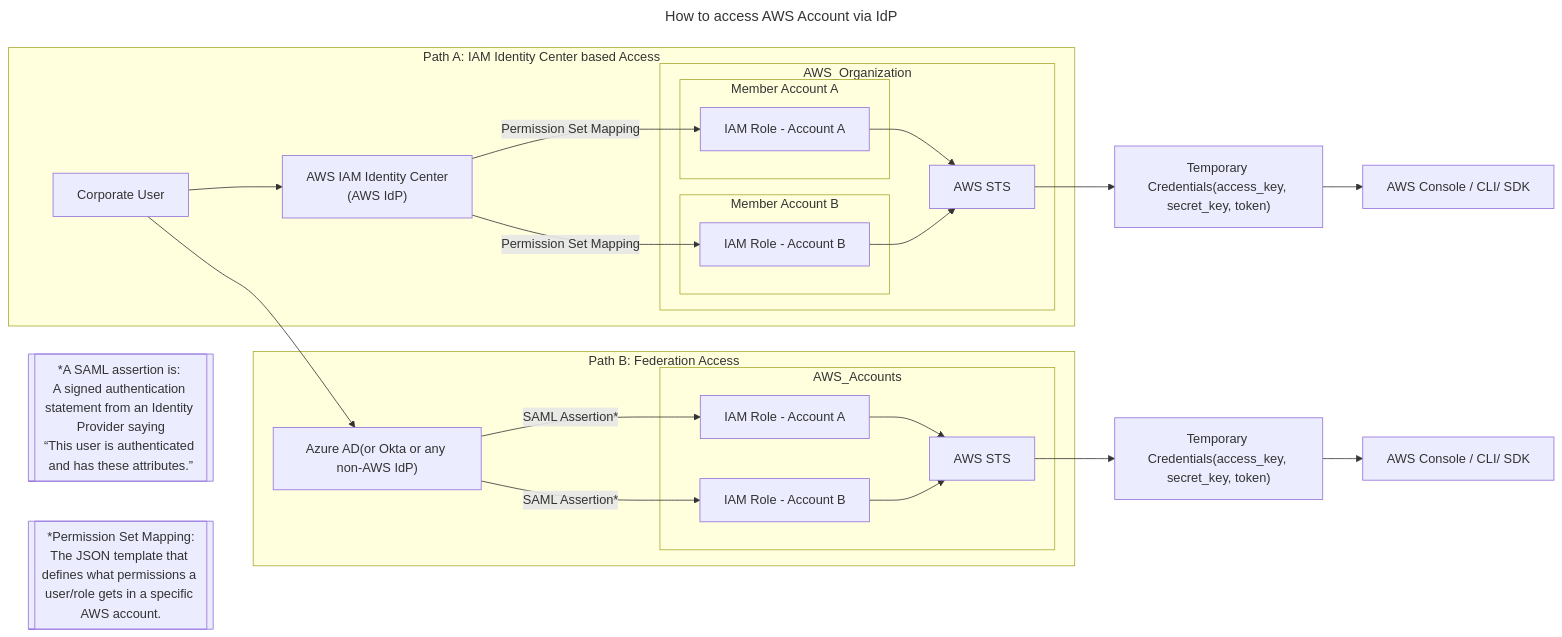
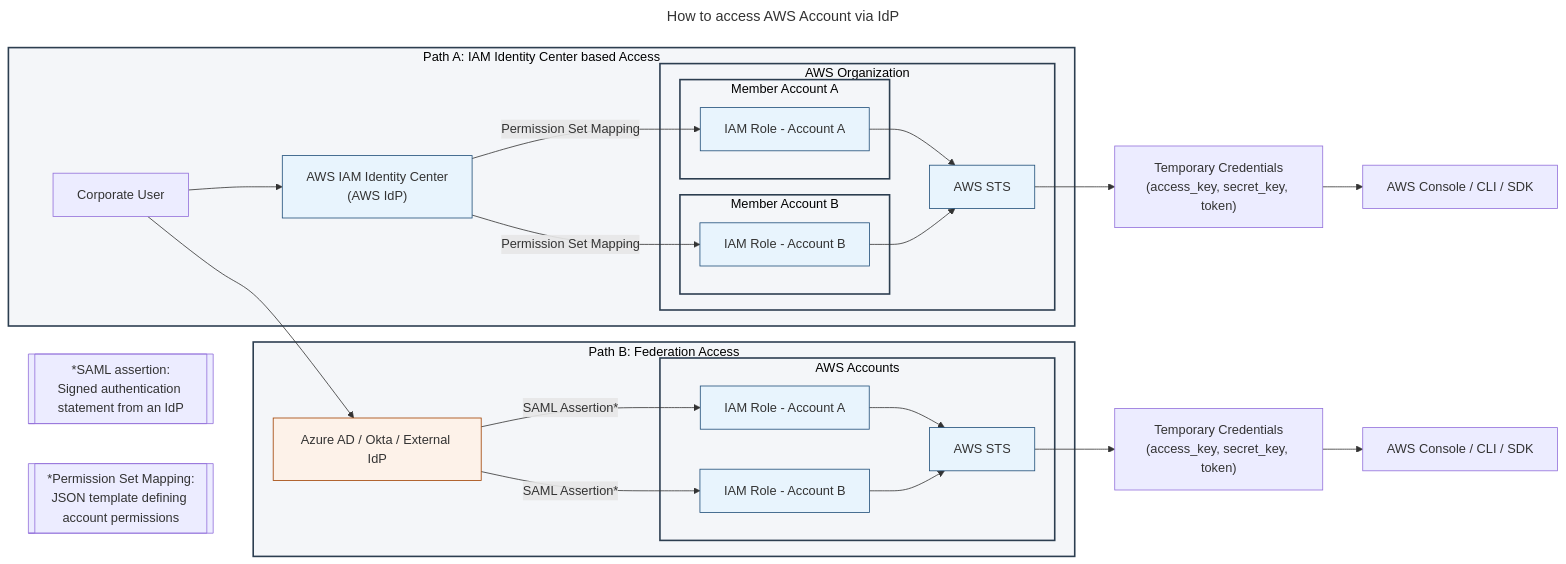
Before and after one commit to senthilkumarm1901/learn_by_blogging: the fifth of 6 diagrams in aws_cloud_technical_essentials_book/02-security.qmd, drawn with Mermaid.

Commit message:
refactor mermaid diagrams

````diff
--- a/aws_cloud_technical_essentials_book/02-security.qmd
+++ b/aws_cloud_technical_essentials_book/02-security.qmd
@@ -293,65 +293,73 @@
 ```{mermaid}
 ---
 title: How to access AWS Account via IdP
 ---
 
 flowchart LR
 
 %% ================= USER =================
 User[Corporate User]
 
 %% ================= PATH A =================
-subgraph "Path A: IAM Identity Center based Access"
+subgraph PathA["Path A: IAM Identity Center based Access"]
     
     IIC["AWS IAM Identity Center<br>(AWS IdP)"]
 
-    subgraph AWS_Organization
-        subgraph "Member Account A"
+    subgraph Org["AWS Organization"]
+        subgraph AccA["Member Account A"]
             RoleA[IAM Role - Account A]
         end
-        subgraph "Member Account B"
+        subgraph AccB["Member Account B"]
             RoleB[IAM Role - Account B]
         end
         STS1[AWS STS]
     end
 
     User --> IIC
     IIC -->|Permission Set Mapping| RoleA
     IIC -->|Permission Set Mapping| RoleB
     RoleA --> STS1
     RoleB --> STS1
 end
 
 
 %% ================= PATH B =================
-subgraph "Path B: Federation Access"
+subgraph PathB["Path B: Federation Access"]
     
-    AAD["Azure AD(or Okta or any non-AWS IdP)"]
+    AAD["Azure AD / Okta / External IdP"]
 
-    subgraph AWS_Accounts
+    subgraph Accounts["AWS Accounts"]
         RoleA2[IAM Role - Account A]
         RoleB2[IAM Role - Account B]
         STS2[AWS STS]
     end
 
     User --> AAD
     AAD -->|"SAML Assertion*"| RoleA2
     AAD -->|"SAML Assertion*"| RoleB2
     RoleA2 --> STS2
     RoleB2 --> STS2
 end
 
 
 %% ================= CREDENTIALS =================
-STS1 --> TempCreds1["Temporary Credentials(access_key, secret_key, token)"]
-STS2 --> TempCreds2["Temporary Credentials(access_key, secret_key, token)"]
+STS1 --> TempCreds1["Temporary Credentials<br>(access_key, secret_key, token)"]
+STS2 --> TempCreds2["Temporary Credentials<br>(access_key, secret_key, token)"]
 
-TempCreds1 --> Console1[AWS Console / CLI/ SDK]
-TempCreds2 --> Console2[AWS Console / CLI/ SDK]
+TempCreds1 --> Console1[AWS Console / CLI / SDK]
+TempCreds2 --> Console2[AWS Console / CLI / SDK]
 
-Legend1[["*A SAML assertion is: 
-A signed authentication statement from an Identity Provider saying
-“This user is authenticated and has these attributes.”"]]
+Legend1[["*SAML assertion:
+Signed authentication statement from an IdP"]]
 Legend2[["*Permission Set Mapping:
-The JSON template that defines what permissions a user/role gets in a specific AWS account."]]
+JSON template defining account permissions"]]
+
+%% ================= STYLING =================
+classDef container fill:#f4f6f9,stroke:#2c3e50,stroke-width:2px,color:#000;
+classDef awsbox fill:#e8f4fd,stroke:#1f4e79,stroke-width:1px;
+classDef idpbox fill:#fdf2e9,stroke:#a04000,stroke-width:1px;
+
+class PathA,PathB,Org,AccA,AccB,Accounts container;
+class IIC,RoleA,RoleB,RoleA2,RoleB2,STS1,STS2 awsbox;
+class AAD idpbox;
 ```
````
